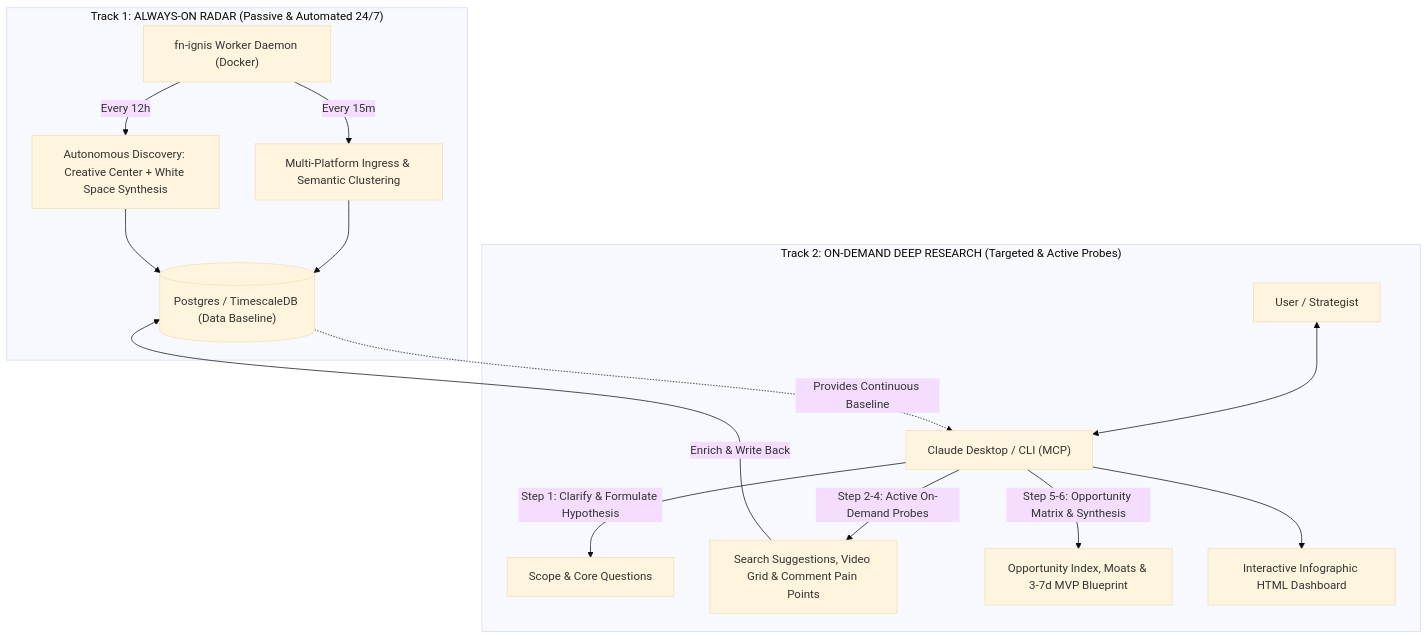
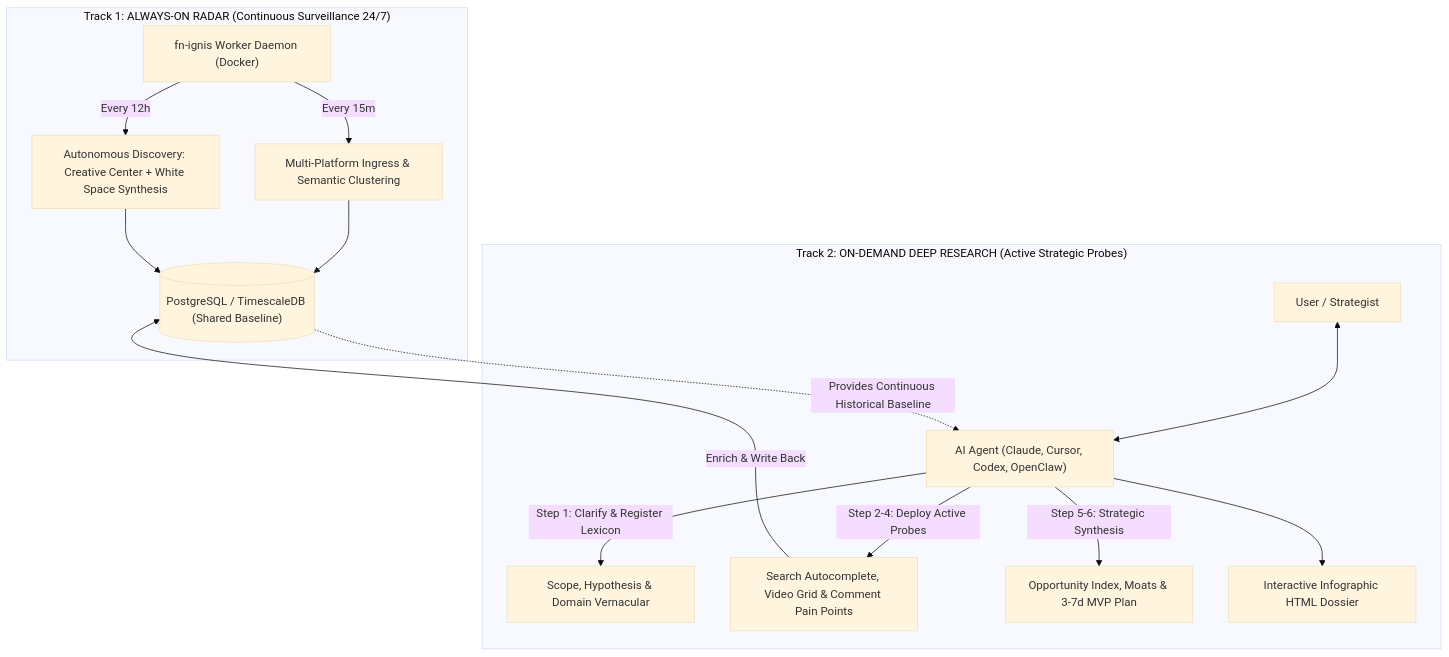
Before and after one commit to fioenix/fn-ignis: the diagram in README.md, drawn with Mermaid (base theme). The commit also changed other lines of this file, not shown here.

Commit message:
docs: elevate README.md to production-grade open source standard

````diff
--- a/README.md
+++ b/README.md
@@ -12,19 +28,19 @@
 ```mermaid
 flowchart TD
-    subgraph Track1["Track 1: ALWAYS-ON RADAR (Passive & Automated 24/7)"]
+    subgraph Track1["Track 1: ALWAYS-ON RADAR (Continuous Surveillance 24/7)"]
         W["fn-ignis Worker Daemon (Docker)"] -->|Every 15m| E1["Multi-Platform Ingress & Semantic Clustering"]
         W -->|Every 12h| E2["Autonomous Discovery: Creative Center + White Space Synthesis"]
-        E1 & E2 --> DB[("Postgres / TimescaleDB (Data Baseline)")]
+        E1 & E2 --> DB[("PostgreSQL / TimescaleDB (Shared Baseline)")]
     end
 
-    subgraph Track2["Track 2: ON-DEMAND DEEP RESEARCH (Targeted & Active Probes)"]
-        User["User / Strategist"] <--> Claude["Claude Desktop / CLI (MCP)"]
-        Claude -->|Step 1: Clarify & Formulate Hypothesis| S1["Scope & Core Questions"]
-        Claude -->|Step 2-4: Active On-Demand Probes| S2["Search Suggestions, Video Grid & Comment Pain Points"]
-        Claude -->|Step 5-6: Opportunity Matrix & Synthesis| S3["Opportunity Index, Moats & 3-7d MVP Blueprint"]
+    subgraph Track2["Track 2: ON-DEMAND DEEP RESEARCH (Active Strategic Probes)"]
+        User["User / Strategist"] <--> Agent["AI Agent (Claude, Cursor, Codex, OpenClaw)"]
+        Agent -->|Step 1: Clarify & Register Lexicon| S1["Scope, Hypothesis & Domain Vernacular"]
+        Agent -->|Step 2-4: Deploy Active Probes| S2["Search Autocomplete, Video Grid & Comment Pain Points"]
+        Agent -->|Step 5-6: Strategic Synthesis| S3["Opportunity Index, Moats & 3-7d MVP Plan"]
         S2 -->|Enrich & Write Back| DB
-        Claude --> S4["Interactive Infographic HTML Dashboard"]
+        Agent --> S4["Interactive Infographic HTML Dossier"]
     end
 
-    DB -.->|Provides Continuous Baseline| Claude
+    DB -.->|Provides Continuous Historical Baseline| Agent
 ```
````
